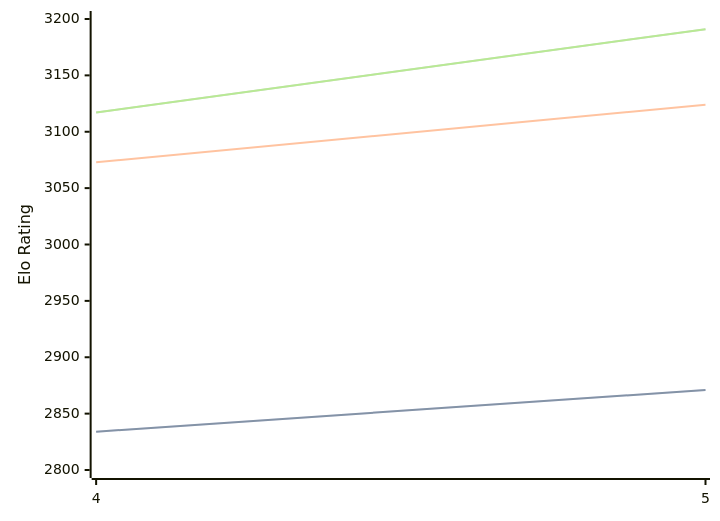
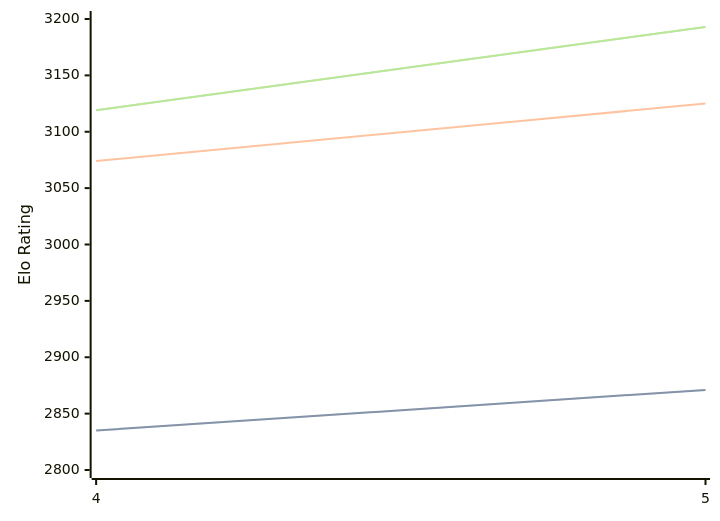
One commit to computer-chess-index/cci changed the third of 3 diagrams in engines/Cwtch.md. Above: the diagram before and after it, drawn with Mermaid. The commit also changed other lines of this file, not shown here.

Commit message:
Update CCI Ratings (ELO VLTC) - 2026-06-22

````diff
--- a/engines/Cwtch.md
+++ b/engines/Cwtch.md
@@ -67,11 +67,11 @@
 ```mermaid
 %%{init: {"theme":"base","themeVariables":{"seriesColors:['#a3a3a3','#222221','#faa371']}}}%%
 xychart-beta
   x-axis ["4", "5"]
   y-axis "Elo Rating" 2800 --> 3200
-  line "STC (8.0+0.08s)" [2834, 2871]
-  line "STC (8.0+0.08s)" [2834, 2871]
-  line "LTC (60.0+0.60s)" [3073, 3124]
-  line "VLTC (2m24s+1.12s)" [3117, 3191]
-  line "VLTC (2m24s+1.12s)" [3117, 3191]
+  line "STC (8.0+0.08s)" [2835, 2871]
+  line "STC (8.0+0.08s)" [2835, 2871]
+  line "LTC (60.0+0.60s)" [3074, 3125]
+  line "VLTC (2m24s+1.12s)" [3119, 3193]
+  line "VLTC (2m24s+1.12s)" [3119, 3193]
 ```
````
